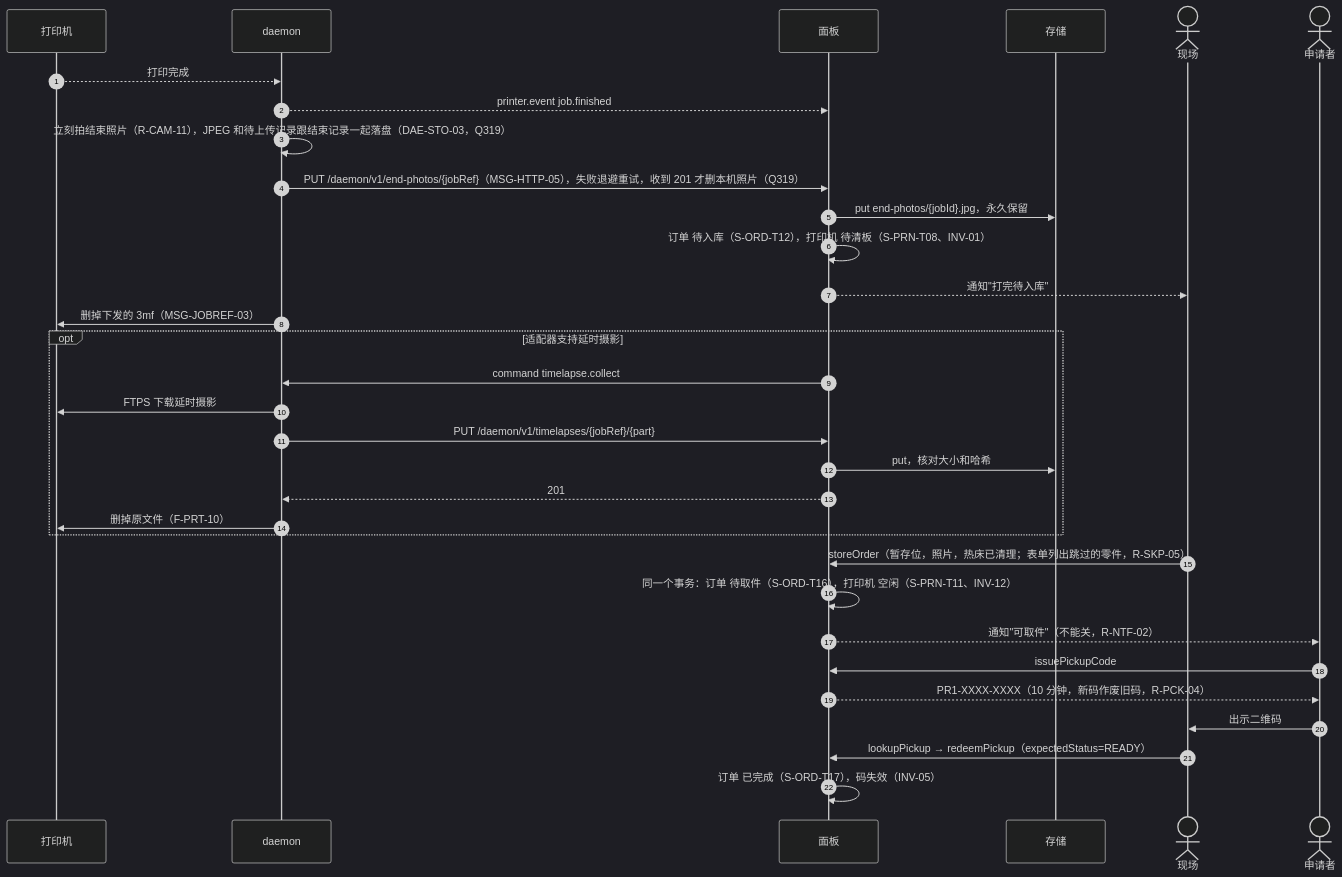
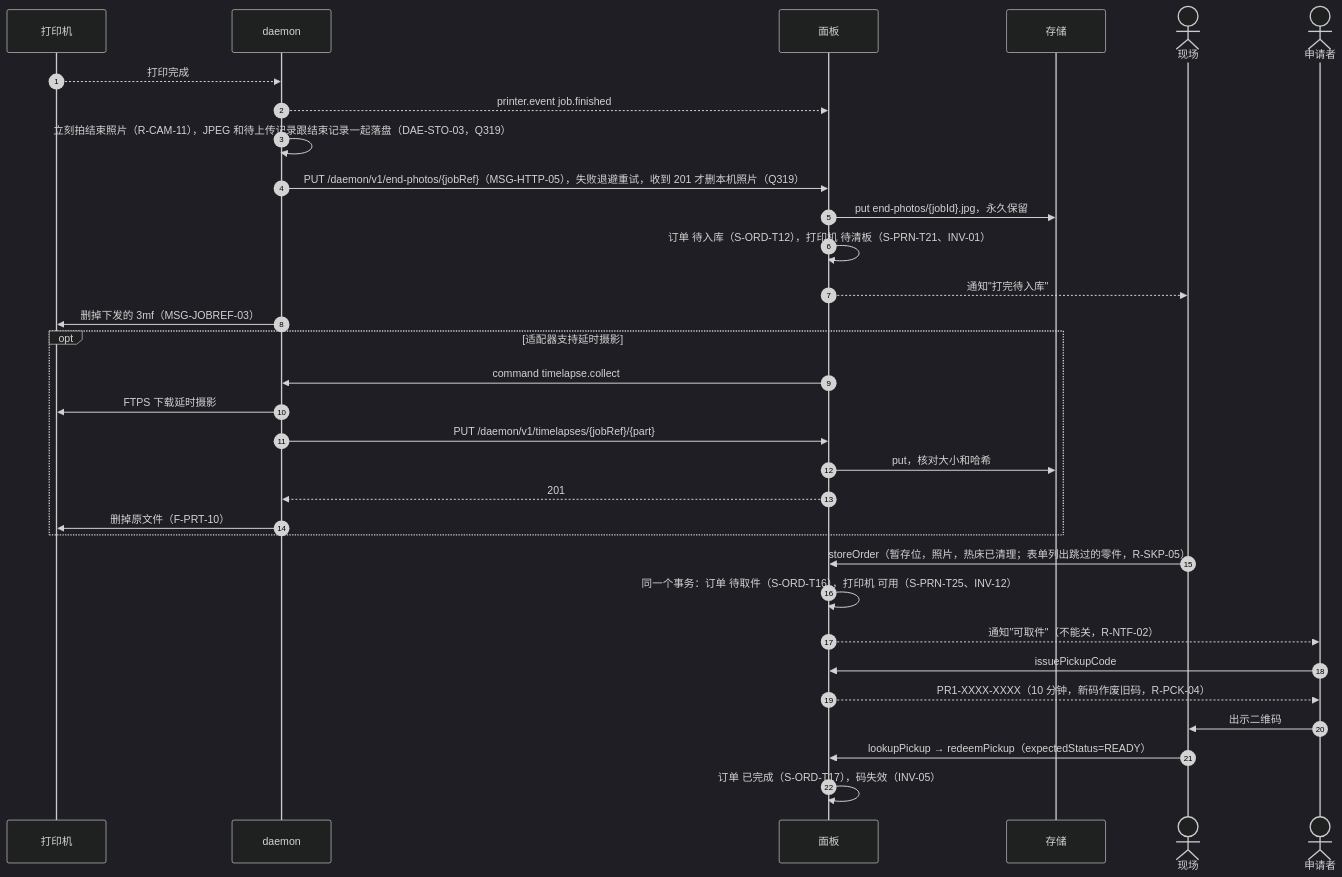
Before and after one commit to PlateRelay/PlateRelay: the seventh of 11 diagrams in docs/design/03-sequences.md, drawn with Mermaid (dark theme). The commit also changed other lines of this file and 4 other files, not shown here.

First line of the commit message:
docs(design): update sequences and clean up references to removed rules in second draft

````diff
--- a/docs/design/03-sequences.md
+++ b/docs/design/03-sequences.md
@@ -292,34 +286,34 @@
 ```mermaid
 sequenceDiagram
   autonumber
   participant R as 打印机
   participant D as daemon
   participant P as 面板
   participant O as 存储
   actor S as 现场
   actor A as 申请者
   R-->>D: 打印完成
   D-->>P: printer.event job.finished
   D->>D: 立刻拍结束照片（R-CAM-11），JPEG 和待上传记录跟结束记录一起落盘（DAE-STO-03，Q319）
   D->>P: PUT /daemon/v1/end-photos/{jobRef}（MSG-HTTP-05），失败退避重试，收到 201 才删本机照片（Q319）
   P->>O: put end-photos/{jobId}.jpg，永久保留
-  P->>P: 订单 待入库（S-ORD-T12），打印机 待清板（S-PRN-T08、INV-01）
+  P->>P: 订单 待入库（S-ORD-T12），打印机 待清板（S-PRN-T21、INV-01）
   P-->>S: 通知"打完待入库"
   D->>R: 删掉下发的 3mf（MSG-JOBREF-03）
   opt 适配器支持延时摄影
     P->>D: command timelapse.collect
     D->>R: FTPS 下载延时摄影
     D->>P: PUT /daemon/v1/timelapses/{jobRef}/{part}
     P->>O: put，核对大小和哈希
     P-->>D: 201
     D->>R: 删掉原文件（F-PRT-10）
   end
   S->>P: storeOrder（暂存位，照片，热床已清理；表单列出跳过的零件，R-SKP-05）
-  P->>P: 同一个事务：订单 待取件（S-ORD-T16），打印机 空闲（S-PRN-T11、INV-12）
+  P->>P: 同一个事务：订单 待取件（S-ORD-T16），打印机 可用（S-PRN-T25、INV-12）
   P-->>A: 通知"可取件"（不能关，R-NTF-02）
   A->>P: issuePickupCode
   P-->>A: PR1-XXXX-XXXX（10 分钟，新码作废旧码，R-PCK-04）
   A->>S: 出示二维码
   S->>P: lookupPickup → redeemPickup（expectedStatus=READY）
   P->>P: 订单 已完成（S-ORD-T17），码失效（INV-05）
 ```
````
